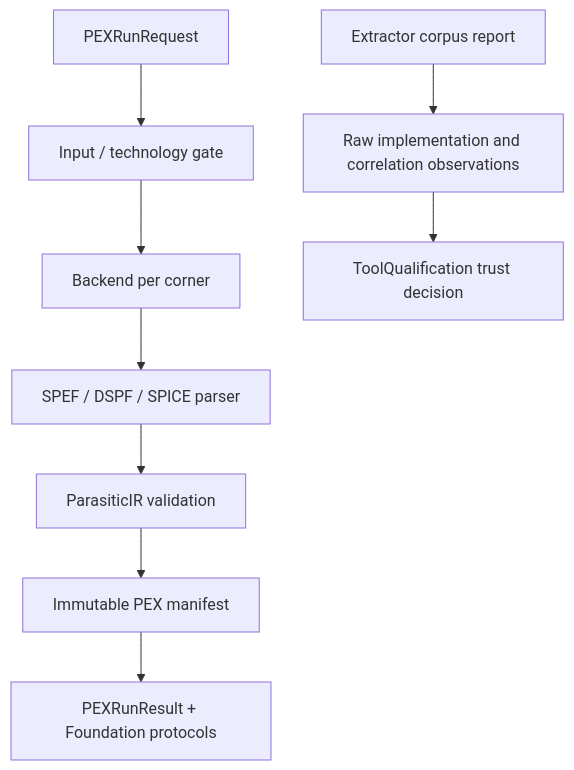
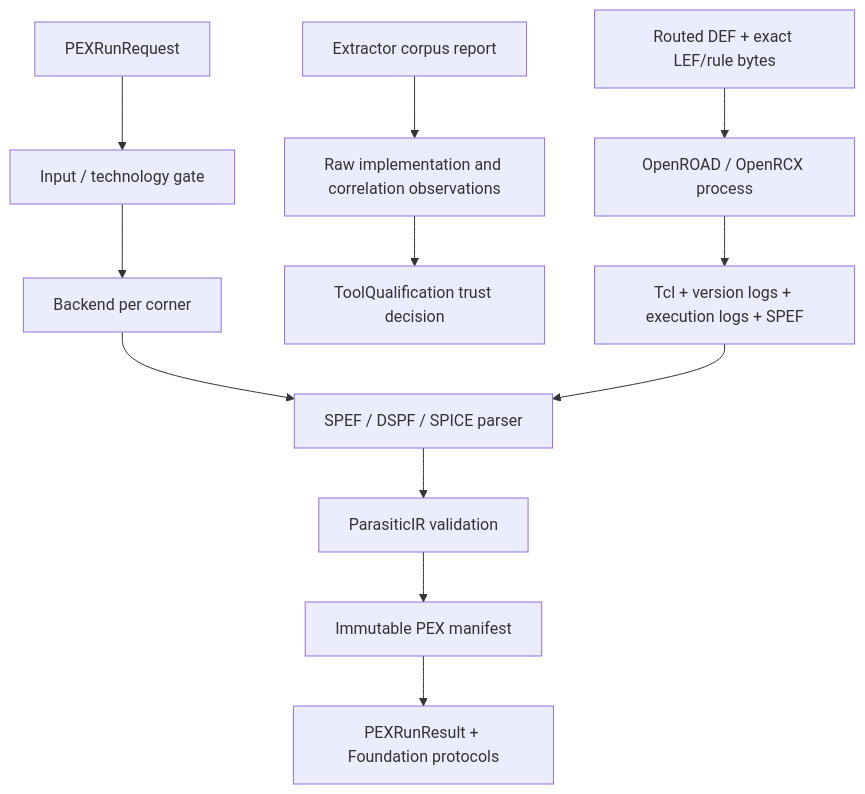
Before and after one commit to 1amageek/PEXEngine: the diagram in DESIGN.md, drawn with Mermaid. The commit also changed other lines of this file and 48 other files, not shown here.

````diff
--- a/DESIGN.md
+++ b/DESIGN.md
@@ -10,12 +10,16 @@
 ```mermaid
 flowchart TD
     Input["PEXRunRequest"] --> Validate["Input / technology gate"]
     Validate --> Execute["Backend per corner"]
     Execute --> Parse["SPEF / DSPF / SPICE parser"]
     Parse --> IR["ParasiticIR validation"]
     IR --> Persist["Immutable PEX manifest"]
     Persist --> Result["PEXRunResult + Foundation protocols"]
 
     Report["Extractor corpus report"] --> Observations["Raw implementation and correlation observations"]
     Observations --> ToolQualification["ToolQualification trust decision"]
+
+    DEF["Routed DEF + exact LEF/rule bytes"] --> OpenRCX["OpenROAD / OpenRCX process"]
+    OpenRCX --> RawEvidence["Tcl + version logs + execution logs + SPEF"]
+    RawEvidence --> Parse
 ```
````
